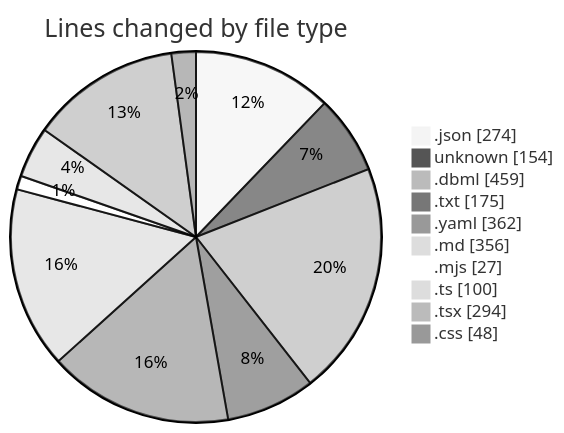
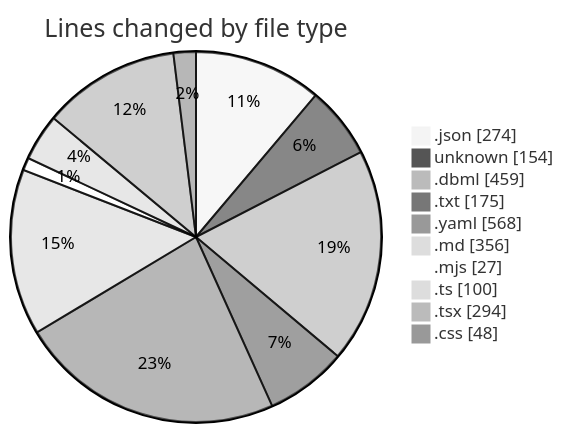
Before and after one commit to mevix1/code-tracking: the first of 2 diagrams in 2025-10-02/oura-api/README.md, drawn with Mermaid (neutral theme). The commit also changed other lines of this file and 1 other file, not shown here.

````diff
--- a/2025-10-02/oura-api/README.md
+++ b/2025-10-02/oura-api/README.md
@@ -49,14 +50,14 @@
 ```mermaid
 pie showData
 title Lines changed by file type
 ".json" : 274
 "unknown" : 154
 ".dbml" : 459
 ".txt" : 175
-".yaml" : 362
+".yaml" : 568
 ".md" : 356
 ".mjs" : 27
 ".ts" : 100
 ".tsx" : 294
 ".css" : 48
 ```
````
